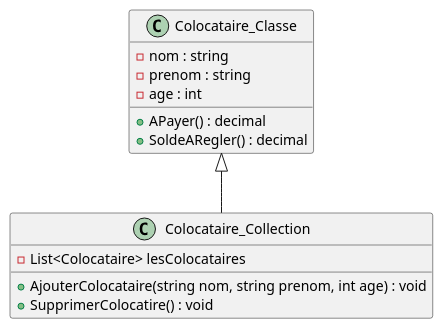
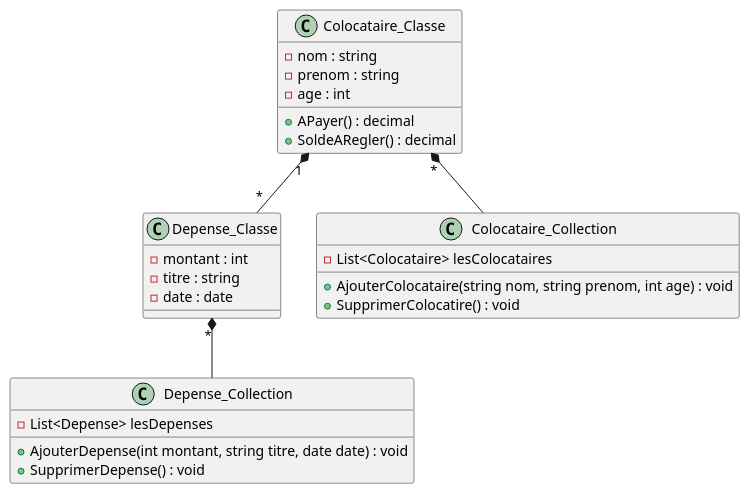
One commit to MihutaMihail/application_crous changed the sixth of 6 diagrams in README.md. Above: the diagram before and after it, drawn with PlantUML. The commit also changed other lines of this file, not shown here.

````diff
--- a/README.md
+++ b/README.md
@@ -116,21 +142,34 @@
 ```plantuml
 @startuml model1
 scale 1
+
+class Depense_Classe {
+    - montant : int
+    - titre : string
+    - date : date
+}
+class Depense_Collection {
+    - List<Depense> lesDepenses
+    + AjouterDepense(int montant, string titre, date date) : void
+    + SupprimerDepense() : void
+}
 
 class Colocataire_Classe {
     - nom : string
     - prenom : string
     - age : int
     + APayer() : decimal
     + SoldeARegler() : decimal
 }
 class Colocataire_Collection {
     - List<Colocataire> lesColocataires
     + AjouterColocataire(string nom, string prenom, int age) : void
     + SupprimerColocatire() : void
 }
 
-Colocataire_Classe <|-- Colocataire_Collection
+Colocataire_Classe "1" *-- "*" Depense_Classe
+Colocataire_Classe "*" *-- Colocataire_Collection
+Depense_Classe "*" *-- Depense_Collection
 
 @enduml
 ```
````
